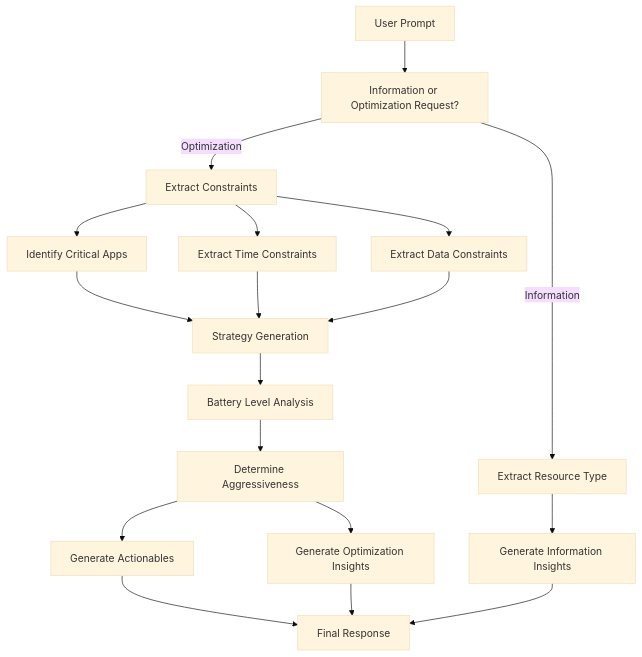
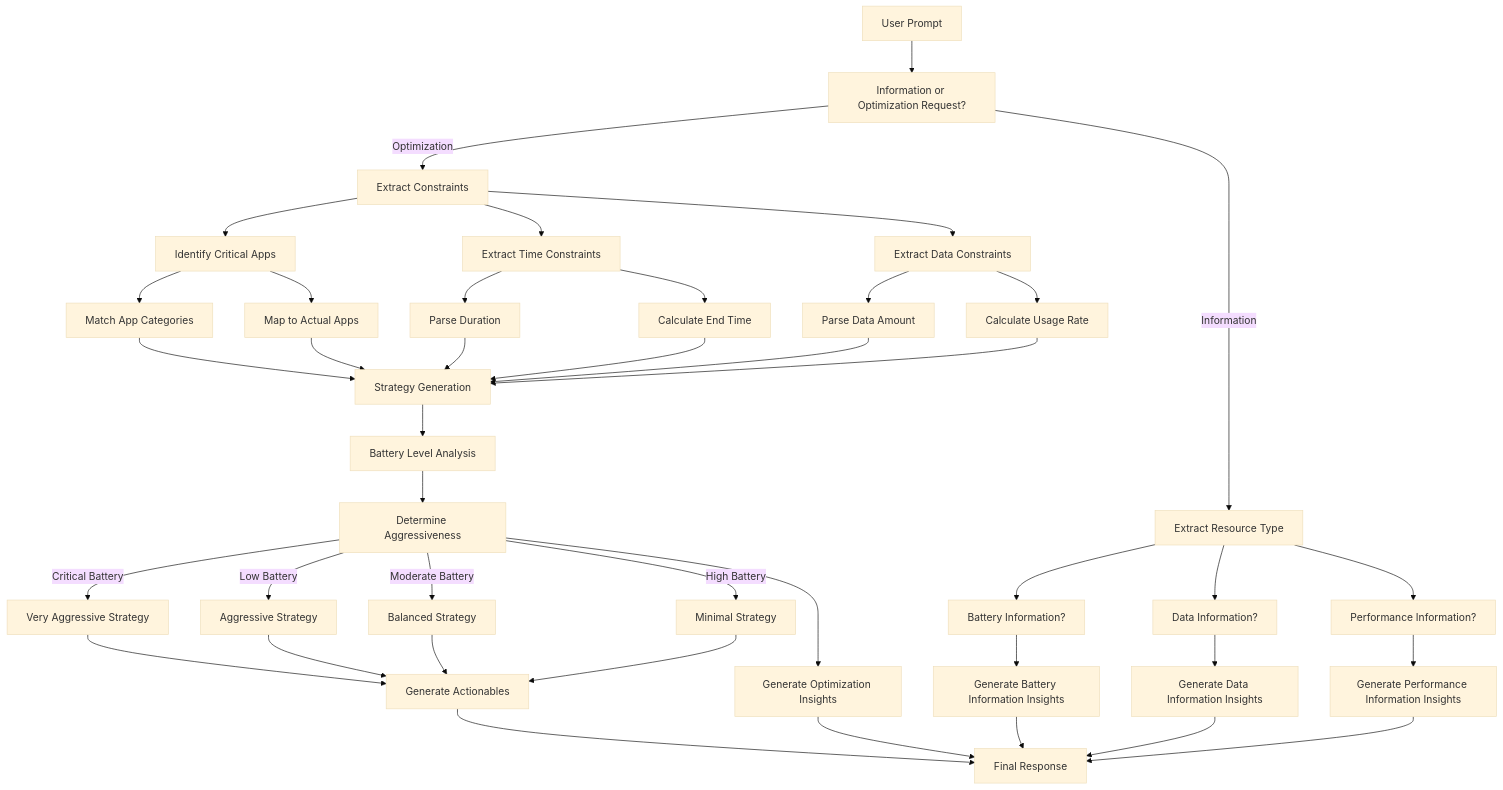
The fourth of 8 diagrams in ARCHITECTURE.md (hiteshchopra11/PowerGuardBackend), drawn with Mermaid (base theme) before and after one commit. The commit also changed other lines of this file and 2 other files, not shown here.

First line of the commit message:
Enhance architecture and documentation for smart prompt analysis and optimization strategies

````diff
--- a/ARCHITECTURE.md
+++ b/ARCHITECTURE.md
@@ -279,20 +167,52 @@
 ```mermaid
 graph TD
     A[User Prompt] --> B[Information or Optimization Request?]
     B -->|Information| C[Extract Resource Type]
     B -->|Optimization| D[Extract Constraints]
-    C --> E[Generate Information Insights]
+    C --> C1[Battery Information?]
+    C --> C2[Data Information?]
+    C --> C3[Performance Information?]
     D --> F[Identify Critical Apps]
     D --> G[Extract Time Constraints]
     D --> H[Extract Data Constraints]
-    F --> I[Strategy Generation]
-    G --> I
-    H --> I
+    
+    F --> F1[Match App Categories]
+    F --> F2[Map to Actual Apps]
+    
+    G --> G1[Parse Duration]
+    G --> G2[Calculate End Time]
+    
+    H --> H1[Parse Data Amount]
+    H --> H2[Calculate Usage Rate]
+    
+    F1 --> I[Strategy Generation]
+    F2 --> I
+    G1 --> I
+    G2 --> I
+    H1 --> I
+    H2 --> I
+    C1 --> E1[Generate Battery Information Insights]
+    C2 --> E2[Generate Data Information Insights]
+    C3 --> E3[Generate Performance Information Insights]
+    
     I --> J[Battery Level Analysis]
     J --> K[Determine Aggressiveness]
-    K --> L[Generate Actionables]
+    
+    K -->|Critical Battery| L1[Very Aggressive Strategy]
+    K -->|Low Battery| L2[Aggressive Strategy]
+    K -->|Moderate Battery| L3[Balanced Strategy]
+    K -->|High Battery| L4[Minimal Strategy]
+    
+    L1 --> L[Generate Actionables]
+    L2 --> L
+    L3 --> L
+    L4 --> L
+    
     K --> M[Generate Optimization Insights]
+    
     L --> N[Final Response]
     M --> N
-    E --> N
+    E1 --> N
+    E2 --> N
+    E3 --> N
 ```
````
